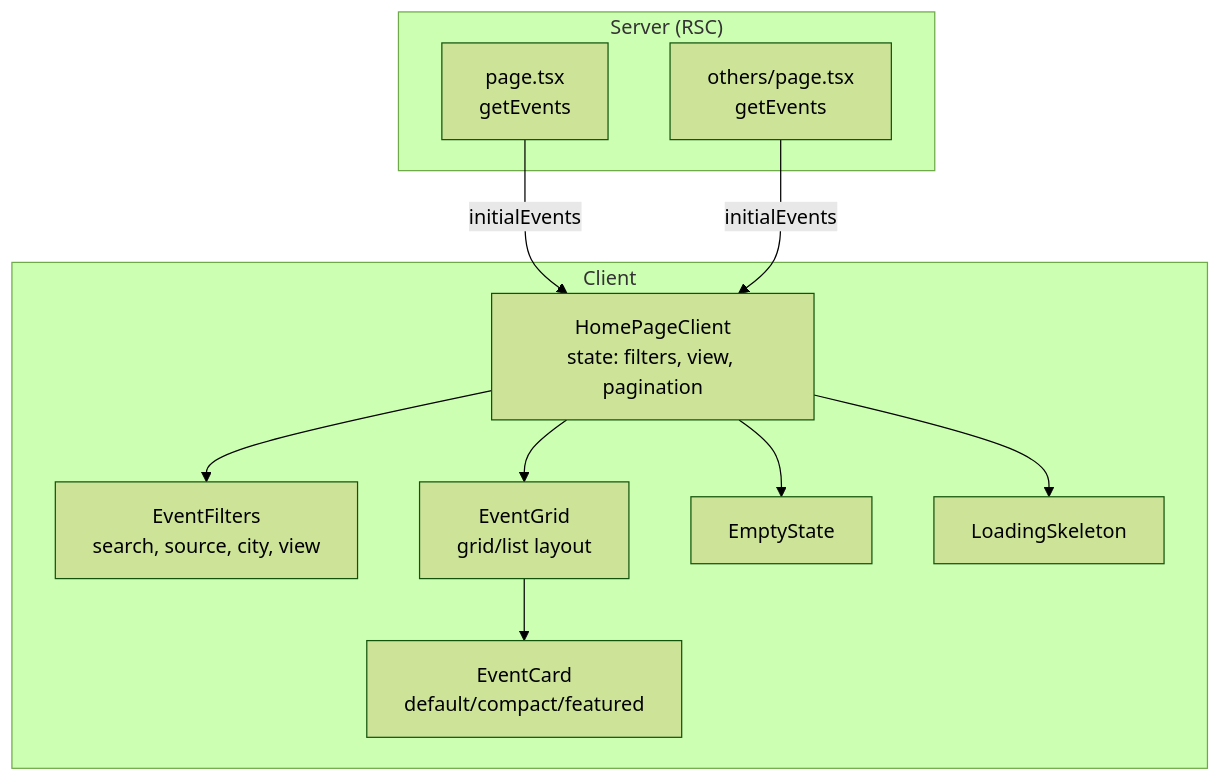
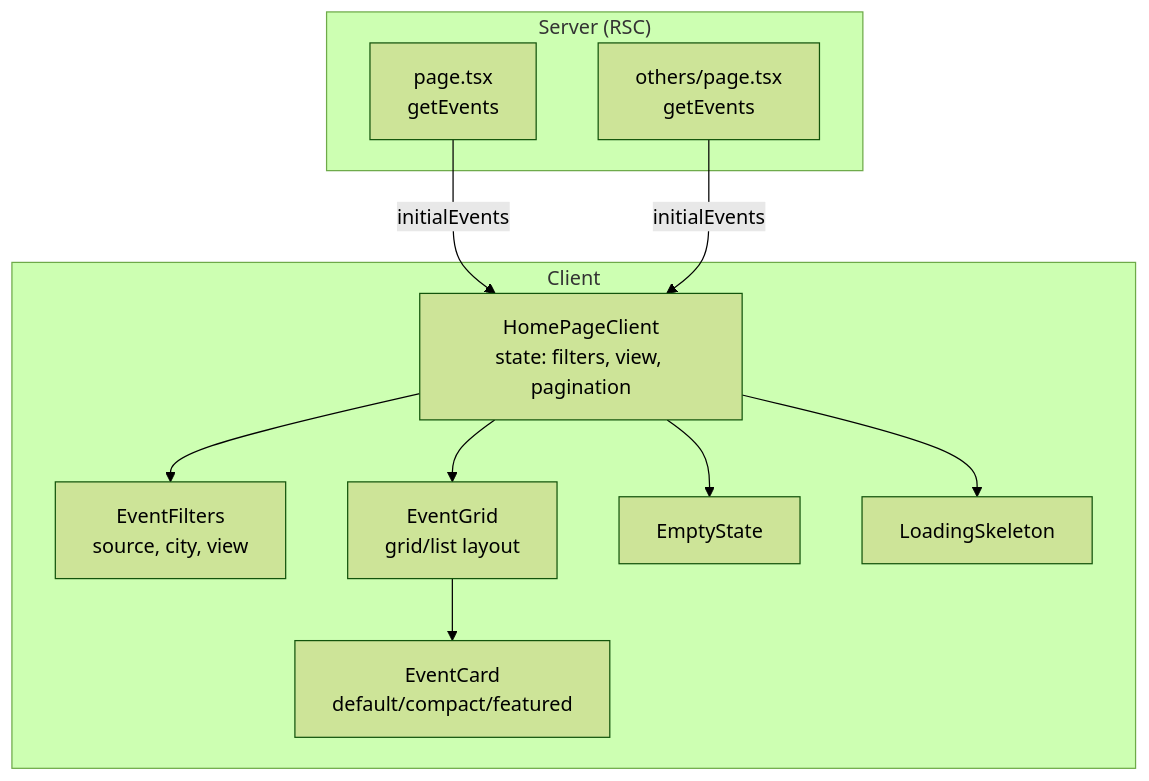
One commit to bharatbhusal/weekends-plan changed the second of 4 diagrams in docs/architecture.md. Above: the diagram before and after it, drawn with Mermaid (forest theme). The commit also changed other lines of this file and 10 other files, not shown here.

````diff
--- a/docs/architecture.md
+++ b/docs/architecture.md
@@ -61,24 +61,24 @@
 ```mermaid
 graph TB
     subgraph "Server (RSC)"
         PAGE[page.tsx<br/>getEvents]
         OTHER[others/page.tsx<br/>getEvents]
     end
 
     subgraph "Client"
         HPC[HomePageClient<br/>state: filters, view, pagination]
-        FILTERS[EventFilters<br/>search, source, city, view]
+        FILTERS[EventFilters<br/> source, city, view]
         GRID[EventGrid<br/>grid/list layout]
         CARD[EventCard<br/>default/compact/featured]
         EMPTY[EmptyState]
         SKEL[LoadingSkeleton]
     end
 
     PAGE -->|initialEvents| HPC
     OTHER -->|initialEvents| HPC
     HPC --> FILTERS
     HPC --> GRID
     GRID --> CARD
     HPC --> EMPTY
     HPC --> SKEL
 ```
````
